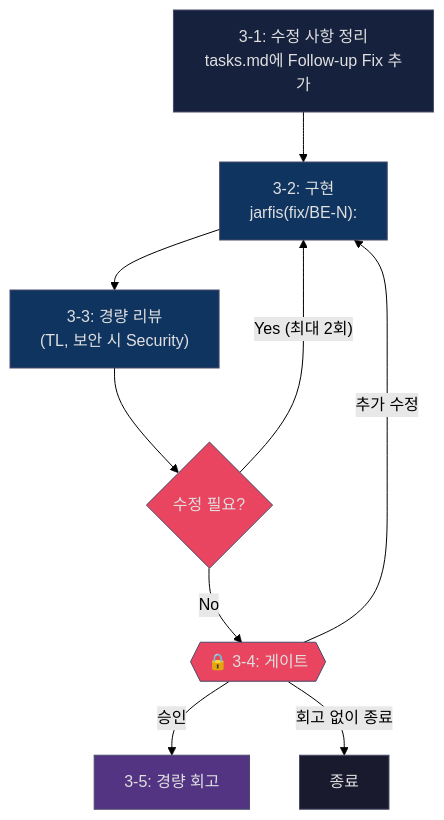
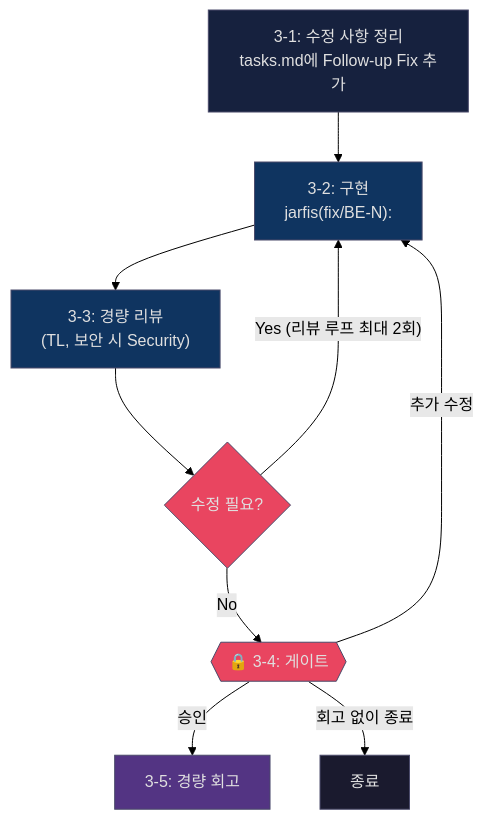
Before and after one commit to sana-lazystar/jarfis: the eighth of 9 diagrams in WORKFLOW.md, drawn with Mermaid (forest theme). The commit also changed other lines of this file and 4 other files, not shown here.

````diff
--- a/WORKFLOW.md
+++ b/WORKFLOW.md
@@ -599,19 +608,19 @@
 ```mermaid
 flowchart TD
     F1["3-1: 수정 사항 정리\ntasks.md에 Follow-up Fix 추가"] --> F2["3-2: 구현\njarfis(fix/BE-N):"]
     F2 --> F3["3-3: 경량 리뷰\n(TL, 보안 시 Security)"]
     F3 --> F3R{"수정 필요?"}
-    F3R -->|"Yes (최대 2회)"| F2
+    F3R -->|"Yes (리뷰 루프 최대 2회)"| F2
     F3R -->|"No"| F4{{"🔒 3-4: 게이트"}}
     F4 -->|"승인"| F5["3-5: 경량 회고"]
     F4 -->|"추가 수정"| F2
     F4 -->|"회고 없이 종료"| END["종료"]
 
     style F1 fill:#16213e,color:#e0e0e0,stroke:#4a4a6a
     style F2 fill:#0f3460,color:#e0e0e0,stroke:#4a4a6a
     style F3 fill:#0f3460,color:#e0e0e0,stroke:#4a4a6a
     style F3R fill:#e94560,color:#e0e0e0,stroke:#4a4a6a
     style F4 fill:#e94560,color:#e0e0e0,stroke:#4a4a6a
     style F5 fill:#533483,color:#e0e0e0,stroke:#4a4a6a
     style END fill:#1a1a2e,color:#e0e0e0,stroke:#4a4a6a
 ```
````
